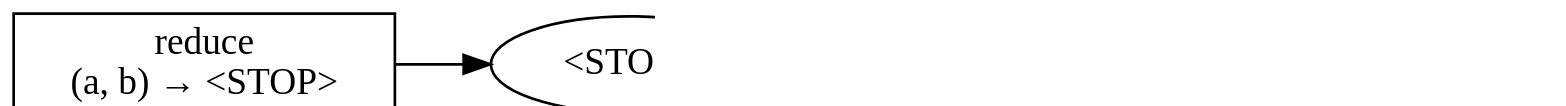
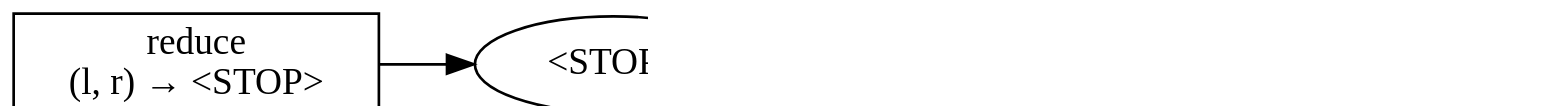
One commit to inponomarev/kstreams-testing-pitfalls changed the seventh of 13 diagrams in slides/src/main/asciidoc/lecture.adoc. Above: the diagram before and after it, drawn with Graphviz. The commit also changed other lines of this file, not shown here.

```diff
--- a/slides/src/main/asciidoc/lecture.adoc
+++ b/slides/src/main/asciidoc/lecture.adoc
@@ -291,15 +303,15 @@
 [graphviz,"wrong-topology4.png"]
 ----
 digraph G {
 graph [ dpi = 180 ];
 rankdir="LR";
 A1[label="<STOP>"];
 B1[label="<STOP>"];
 A2[label="A"];
 B2[label="B"];
 
 Kafka -> A1 -> B1 -> B2 -> A2 ;
 
-Kafka[shape=box,label="reduce \n (a, b) → <STOP>"]
+Kafka[shape=box,label="reduce \n (l, r) → <STOP>"]
 }
 ----
```
